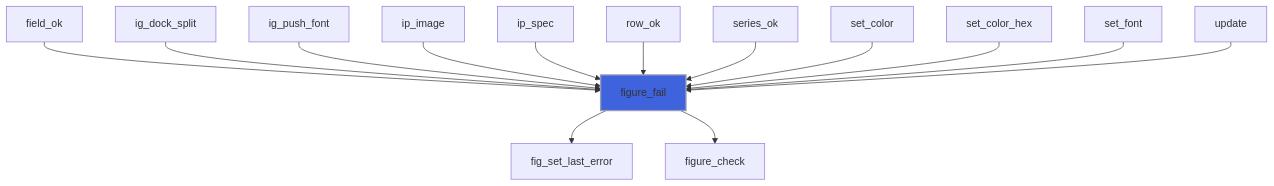
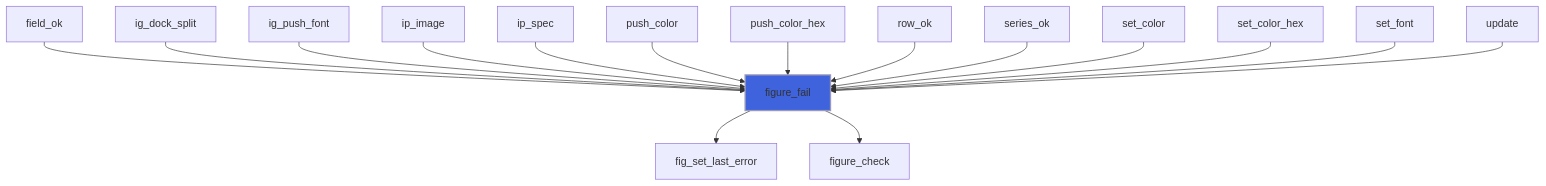
One commit to szaghi/figure changed the third of 5 diagrams in docs/api/src/lib/figure_base.md. Above: the diagram before and after it, drawn with Mermaid. The commit also changed other lines of this file and 21 other files, not shown here.

````diff
--- a/docs/api/src/lib/figure_base.md
+++ b/docs/api/src/lib/figure_base.md
@@ -115,17 +118,19 @@
 ```mermaid
 flowchart TD
   field_ok["field_ok"] --> figure_fail["figure_fail"]
   ig_dock_split["ig_dock_split"] --> figure_fail["figure_fail"]
   ig_push_font["ig_push_font"] --> figure_fail["figure_fail"]
   ip_image["ip_image"] --> figure_fail["figure_fail"]
   ip_spec["ip_spec"] --> figure_fail["figure_fail"]
+  push_color["push_color"] --> figure_fail["figure_fail"]
+  push_color_hex["push_color_hex"] --> figure_fail["figure_fail"]
   row_ok["row_ok"] --> figure_fail["figure_fail"]
   series_ok["series_ok"] --> figure_fail["figure_fail"]
   set_color["set_color"] --> figure_fail["figure_fail"]
   set_color_hex["set_color_hex"] --> figure_fail["figure_fail"]
   set_font["set_font"] --> figure_fail["figure_fail"]
   update["update"] --> figure_fail["figure_fail"]
   figure_fail["figure_fail"] --> fig_set_last_error["fig_set_last_error"]
   figure_fail["figure_fail"] --> figure_check["figure_check"]
   style figure_fail fill:#3e63dd,stroke:#99b,stroke-width:2px
 ```
````
